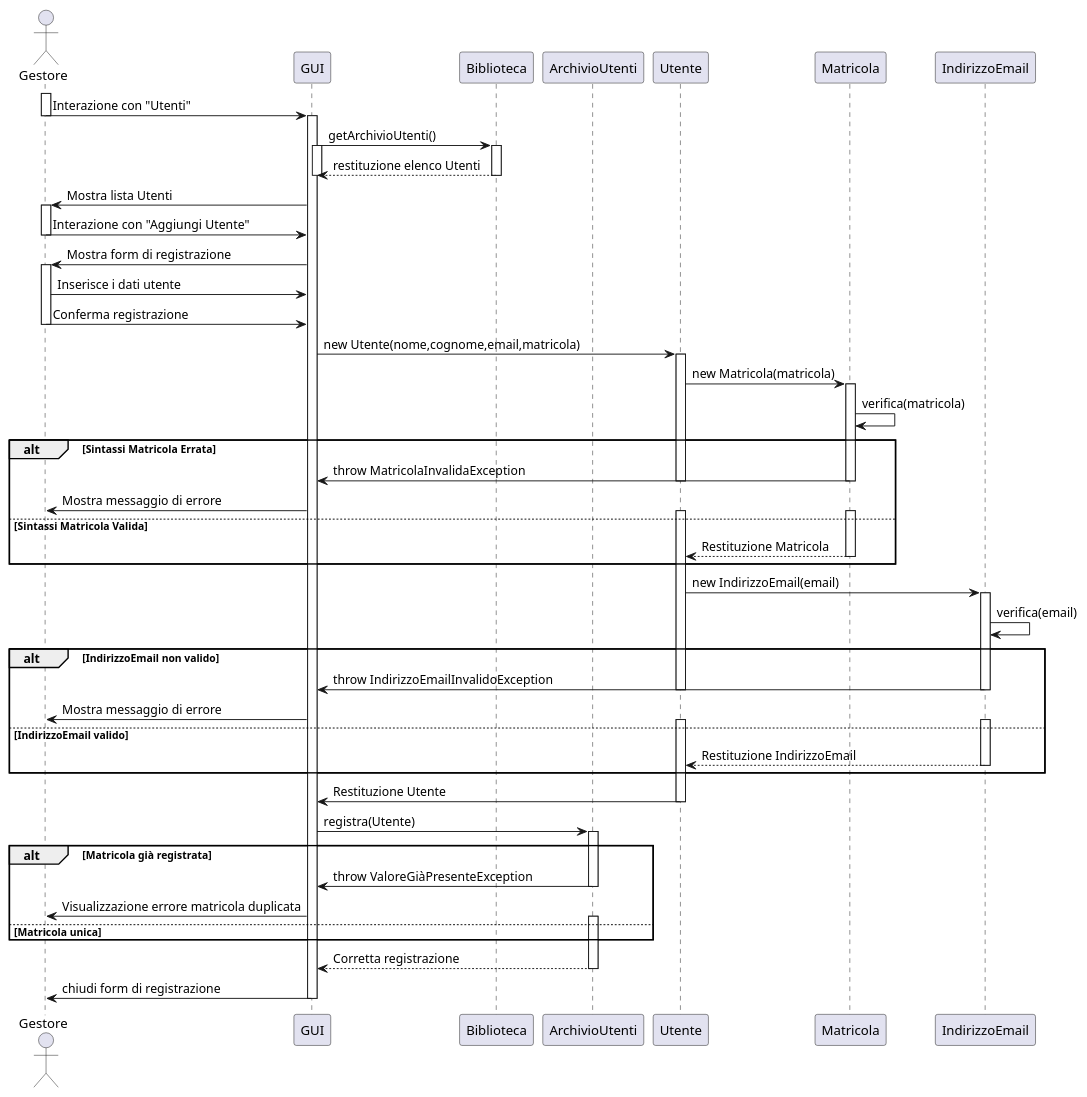
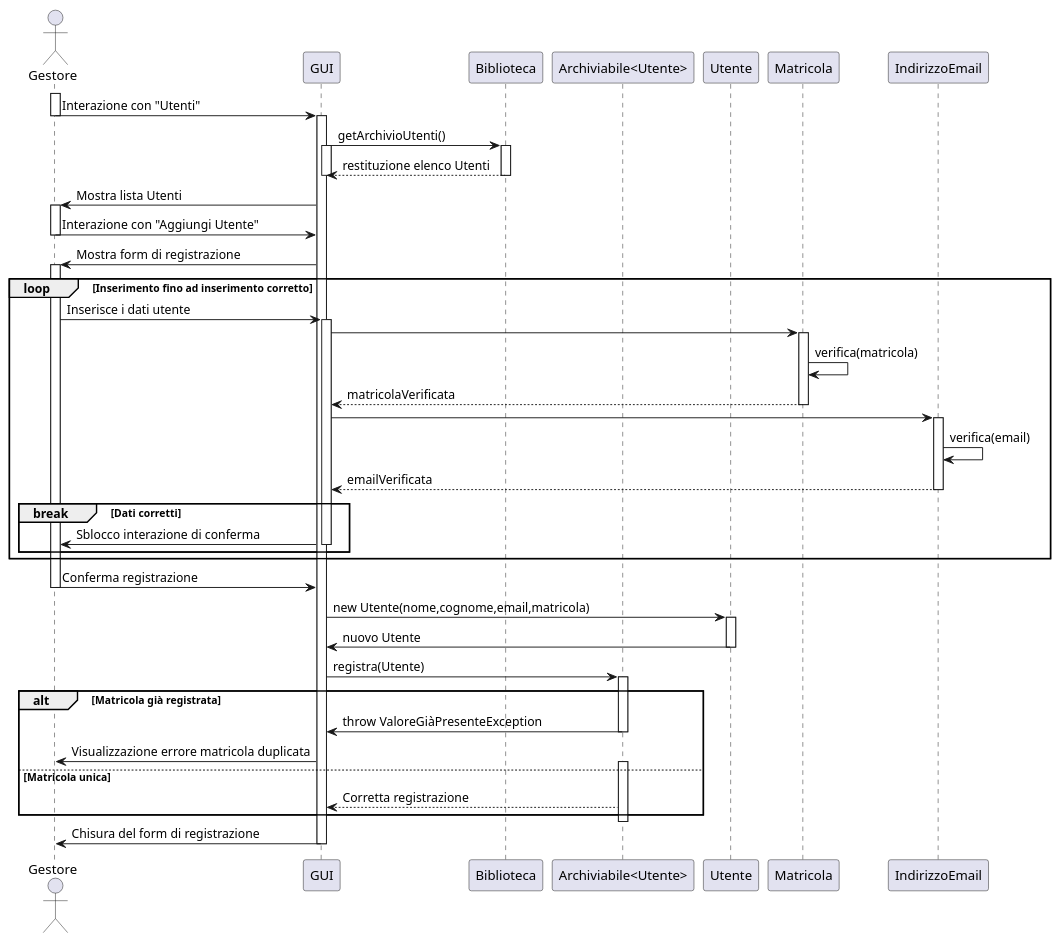
Before and after one commit to Meziu/easylibrary: the diagram in docs/uml/DiagrammiSequenza/UMLinserisciUtente.puml, drawn with PlantUML. The commit also changed 3 other files, not shown here.

```diff
--- a/docs/uml/DiagrammiSequenza/UMLinserisciUtente.puml
+++ b/docs/uml/DiagrammiSequenza/UMLinserisciUtente.puml
@@ -1,101 +1,81 @@
 @startuml
 actor Gestore as G
 participant "GUI" as UI
 participant "Biblioteca" as B
-participant "ArchivioUtenti" as A
+participant "Archiviabile<Utente>" as A
 participant "Utente" as U
 participant "Matricola" as M
 participant "IndirizzoEmail" as E
 activate G
 ' ----- Inizio -----
 
 G -> UI : Interazione con "Utenti"
 deactivate G
 activate UI
 UI -> B : getArchivioUtenti()
 activate UI
 activate B
 B --> UI : restituzione elenco Utenti
 deactivate B
 deactivate UI
 UI -> G : Mostra lista Utenti
 activate G
 
 G -> UI : Interazione con "Aggiungi Utente"
 deactivate G
 
 UI -> G : Mostra form di registrazione
 
-activate G
-G -> UI : Inserisce i dati utente
+loop Inserimento fino ad inserimento corretto
+    activate G
+    G -> UI : Inserisce i dati utente
+
+    activate UI
+    UI -> M
+    activate M
+    M -> M : verifica(matricola)
+
+    M --> UI : matricolaVerificata
+    deactivate M
+
+    UI -> E
+    activate E
+    E -> E : verifica(email)
+    E --> UI: emailVerificata
+    deactivate E
+
+    break Dati corretti
+        UI -> G : Sblocco interazione di conferma
+        deactivate UI
+    end
+end
+
 G -> UI : Conferma registrazione
 deactivate G
 
 ' ----- Invio dati a Sistema -----
 UI -> U : new Utente(nome,cognome,email,matricola)
-
 activate U
-U -> M : new Matricola(matricola)
-activate M
-M -> M : verifica(matricola)
-'deactivate UI
-
-' ----- Controllo Sintassi Matricola -----
-alt Sintassi Matricola Errata
-    M -> UI : throw MatricolaInvalidaException
-    deactivate M
-    deactivate U
-    'activate UI
-    UI -> G : Mostra messaggio di errore
-
-    else Sintassi Matricola Valida
-    activate U
-    activate M
-    M --> U : Restituzione Matricola
-    deactivate M
-end
-
-' ----- Controllo Email -----
-
-U -> E : new IndirizzoEmail(email)
-activate E
-E -> E : verifica(email)
-
-alt IndirizzoEmail non valido
-    E -> UI : throw IndirizzoEmailInvalidoException
-    deactivate E
-    deactivate U
-
-    UI -> G : Mostra messaggio di errore
-
-else IndirizzoEmail valido
-    activate E
-    activate U
-
-    E --> U : Restituzione IndirizzoEmail
-    deactivate E
-end
-
-U -> UI : Restituzione Utente
+U -> UI : nuovo Utente
 deactivate U
 
 ' ----- Controllo Matricola -----
 UI -> A : registra(Utente)
 activate A
 alt Matricola già registrata
 
     A -> UI : throw ValoreGiàPresenteException
     deactivate A
 
     UI -> G : Visualizzazione errore matricola duplicata
 else Matricola unica
     activate A
 
-end
 
 ' ----- Conclusione -----
 A --> UI : Corretta registrazione
+end
 deactivate A
-UI -> G : chiudi form di registrazione
+UI -> G : Chisura del form di registrazione
 deactivate UI
 @enduml
```
